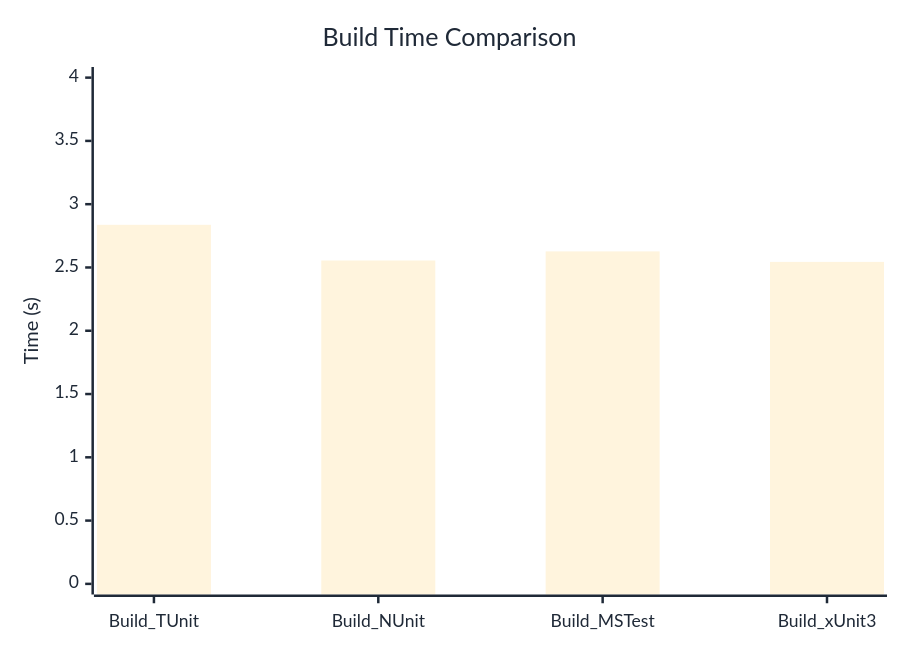
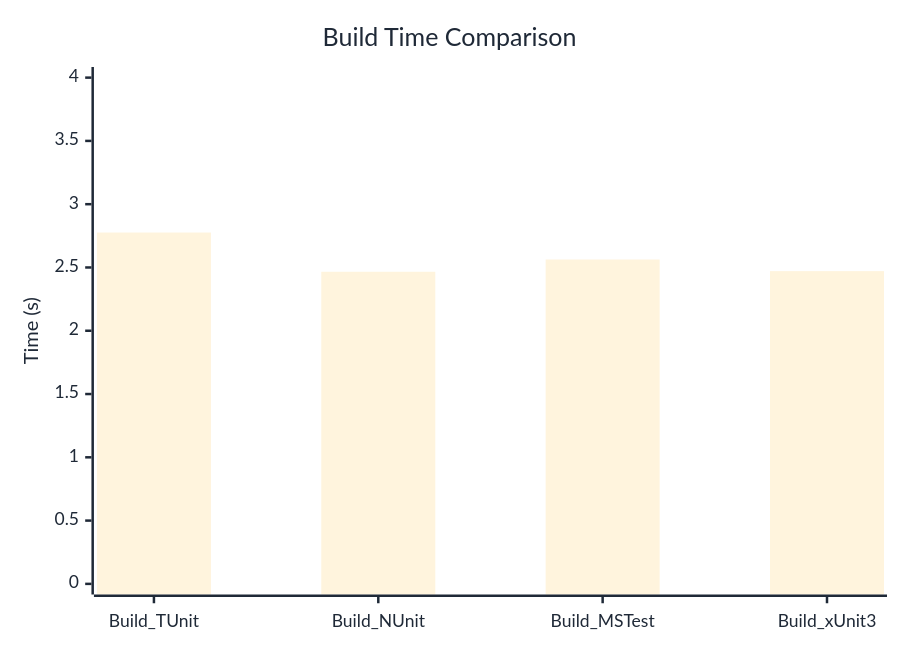
One commit to thomhurst/TUnit changed the diagram in docs/docs/benchmarks/BuildTime.md. Above: the diagram before and after it, drawn with Mermaid. The commit also changed other lines of this file and 17 other files, not shown here.

````diff
--- a/docs/docs/benchmarks/BuildTime.md
+++ b/docs/docs/benchmarks/BuildTime.md
@@ -28,37 +28,37 @@
 ```mermaid
 %%{init: {
   'theme':'base',
   'themeVariables': {
     'primaryColor': '#2563eb',
     'primaryTextColor': '#1f2937',
     'primaryBorderColor': '#1e40af',
     'lineColor': '#6b7280',
     'secondaryColor': '#7c3aed',
     'tertiaryColor': '#dc2626',
     'background': '#ffffff',
     'mainBkg': '#2563eb',
     'secondBkg': '#7c3aed',
     'tertiaryBkg': '#dc2626',
     'clusterBkg': '#f3f4f6',
     'edgeLabelBackground': '#ffffff',
     'tertiaryTextColor': '#1f2937',
     'pie1': '#2563eb',
     'pie2': '#7c3aed',
     'pie3': '#dc2626',
     'pie4': '#f59e0b',
     'pie5': '#10b981',
     'pie6': '#06b6d4',
     'pie7': '#ec4899',
     'pie8': '#6366f1',
     'pie9': '#84cc16',
     'pie10': '#f97316',
     'pie11': '#14b8a6',
     'pie12': '#a855f7'
   }
 }}%%
 xychart-beta
   title "Build Time Comparison"
   x-axis ["Build_TUnit", "Build_NUnit", "Build_MSTest", "Build_xUnit3"]
   y-axis "Time (s)" 0 --> 4
-  bar [2.837, 2.555, 2.627, 2.544]
+  bar [2.776, 2.466, 2.563, 2.471]
 ```
````
